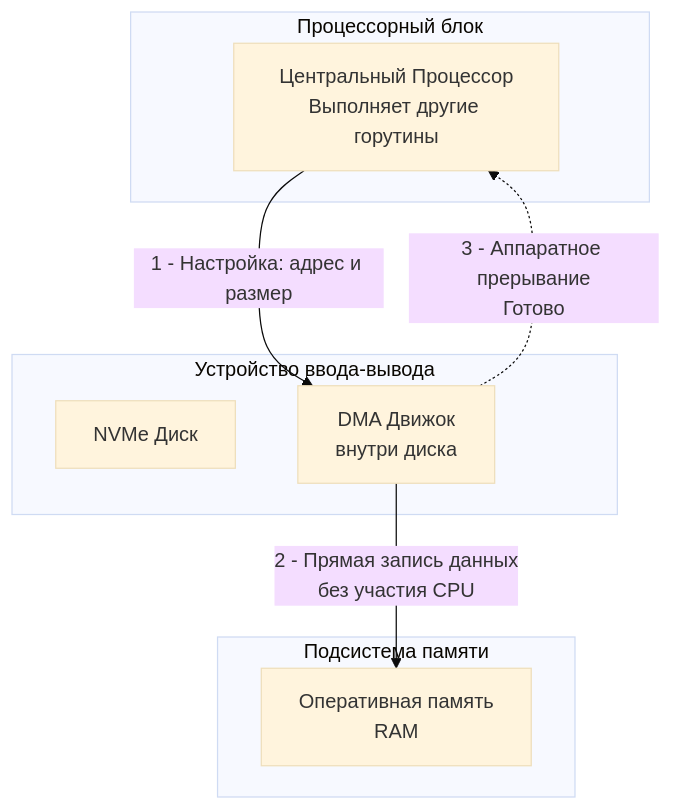
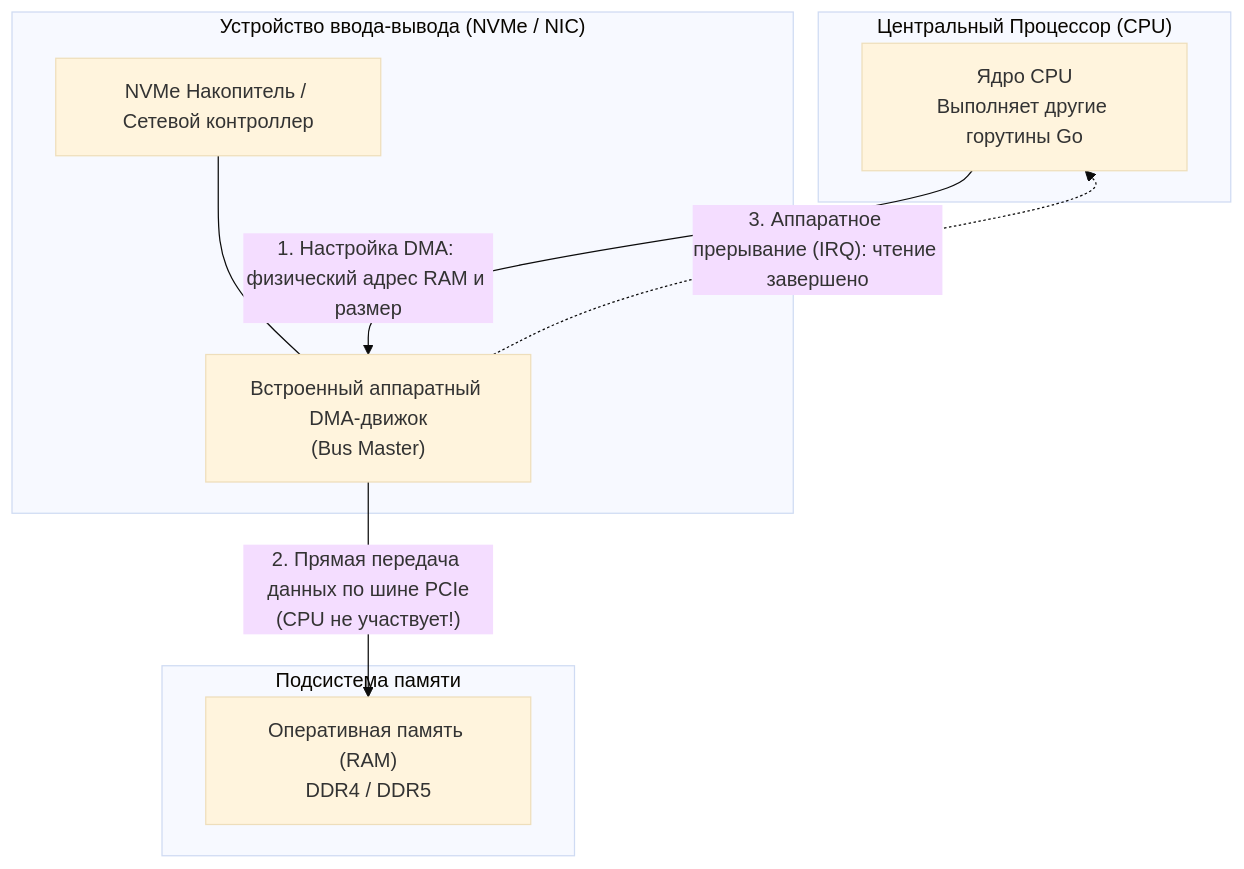
Before and after one commit to UnrealTemplier/go-textbook: the diagram in sources/1. Архитектура компьютера/35. IO подсистема. Шины, Контроллеры и DMA.md, drawn with Mermaid (base theme). The commit also changed other lines of this file, not shown here.

Commit message:
feat(module-01): editorial rewrite of Article 35 (IO Subsystem, Buses, Controllers, and DMA) in Kernighan style

````diff
--- a/sources/1. Архитектура компьютера/35. IO подсистема. Шины, Контроллеры и DMA.md
+++ b/sources/1. Архитектура компьютера/35. IO подсистема. Шины, Контроллеры и DMA.md
@@ -49,19 +69,20 @@
 ```mermaid
 flowchart TD
-    subgraph Процессорный блок
-        CPU["Центральный Процессор<br>Выполняет другие горутины"]
+    subgraph CPU_Block ["Центральный Процессор (CPU)"]
+        CPU["Ядро CPU<br>Выполняет другие горутины Go"]
     end
     
-    subgraph Подсистема памяти
-        RAM["Оперативная память<br>RAM"]
+    subgraph Memory_Block ["Подсистема памяти"]
+        RAM["Оперативная память (RAM)<br>DDR4 / DDR5"]
     end
     
-    subgraph Устройство ввода-вывода
-        DISK["NVMe Диск"]
-        DMA["DMA Движок<br>внутри диска"]
+    subgraph IO_Block ["Устройство ввода-вывода (NVMe / NIC)"]
+        DISK["NVMe Накопитель / Сетевой контроллер"]
+        DMA["Встроенный аппаратный DMA-движок<br>(Bus Master)"]
+        DISK --- DMA
     end
     
-    CPU -->|"1 - Настройка: адрес и размер"| DMA
-    DMA -->|"2 - Прямая запись данных<br>без участия CPU"| RAM
-    DMA -.->|"3 - Аппаратное прерывание<br>Готово"| CPU
+    CPU -->|"1. Настройка DMA: физический адрес RAM и размер"| DMA
+    DMA -->|"2. Прямая передача данных по шине PCIe<br>(CPU не участвует!)"| RAM
+    DMA -.->|"3. Аппаратное прерывание (IRQ): чтение завершено"| CPU
 ```
````
